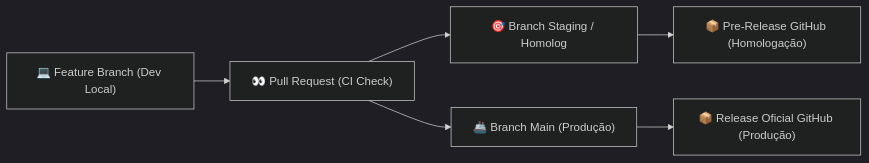
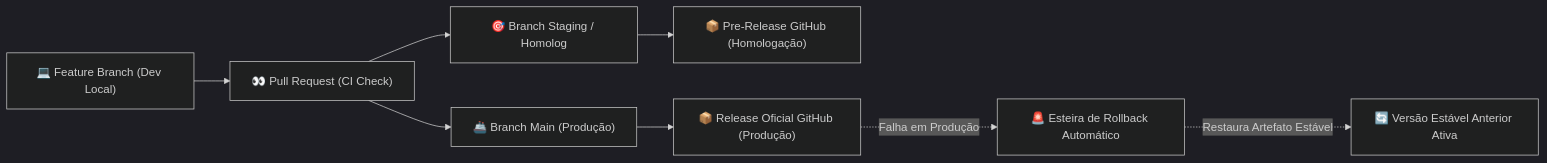
The diagram in DEPLOY.md (ErickHTF/margemAI), drawn with Mermaid (dark theme) before and after one commit. The commit also changed other lines of this file and 1 other file, not shown here.

Commit message:
ci: configurar esteira de rollback automatizado de versao no GitHub Actions e documentar no DEPLOY.md

````diff
--- a/DEPLOY.md
+++ b/DEPLOY.md
@@ -9,9 +9,12 @@
 ```mermaid
 flowchart LR
     DEV["💻 Feature Branch (Dev Local)"] --> PR["👀 Pull Request (CI Check)"]
     PR --> STG["🎯 Branch Staging / Homolog"]
     PR --> MAIN["🚢 Branch Main (Produção)"]
 
     STG --> REL_STG["📦 Pre-Release GitHub (Homologação)"]
     MAIN --> REL_PROD["📦 Release Oficial GitHub (Produção)"]
+
+    REL_PROD -.->|Falha em Produção| RB["🚨 Esteira de Rollback Automático"]
+    RB -.->|Restaura Artefato Estável| PROD_RESTORE["🔄 Versão Estável Anterior Ativa"]
 ```
````
